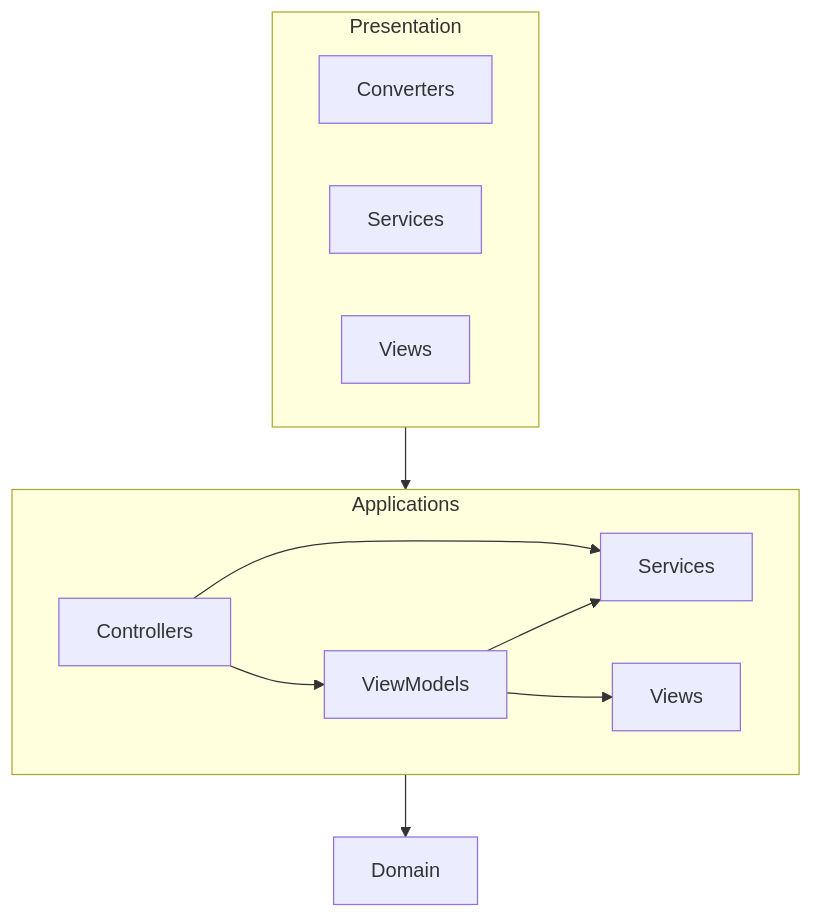
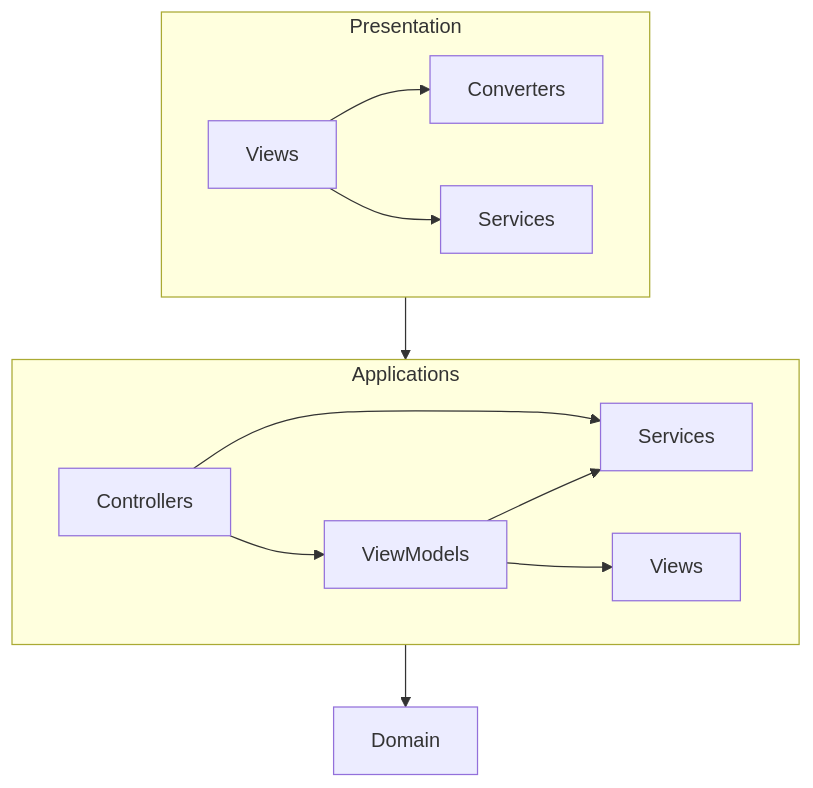
The diagram in Mermaid/Flowchart.md (jbe2277/GitHubPagesTest), drawn with Mermaid before and after one commit.

Commit message:
Enhance flowchart with additional connections
Added connections from Presentation Views to Converters and Services.

````diff
--- a/Mermaid/Flowchart.md
+++ b/Mermaid/Flowchart.md
@@ -1,27 +1,31 @@
 ```mermaid
 flowchart TB
 
   subgraph P["Presentation"]
     direction LR
     P_C["Converters"]
     P_S["Services"]
     P_V["Views"]
   end
 
   subgraph A["Applications"]
     direction LR
     A_C["Controllers"]
     A_S["Services"]
     A_VM["ViewModels"]
     A_V["Views"]
   end
 
   D["Domain"]
 
   P --> A
   A --> D
+
+  P_V --> P_C
+  P_V --> P_S
+
   A_C --> A_S
   A_C --> A_VM
   A_VM --> A_S
   A_VM --> A_V
 ```
````
